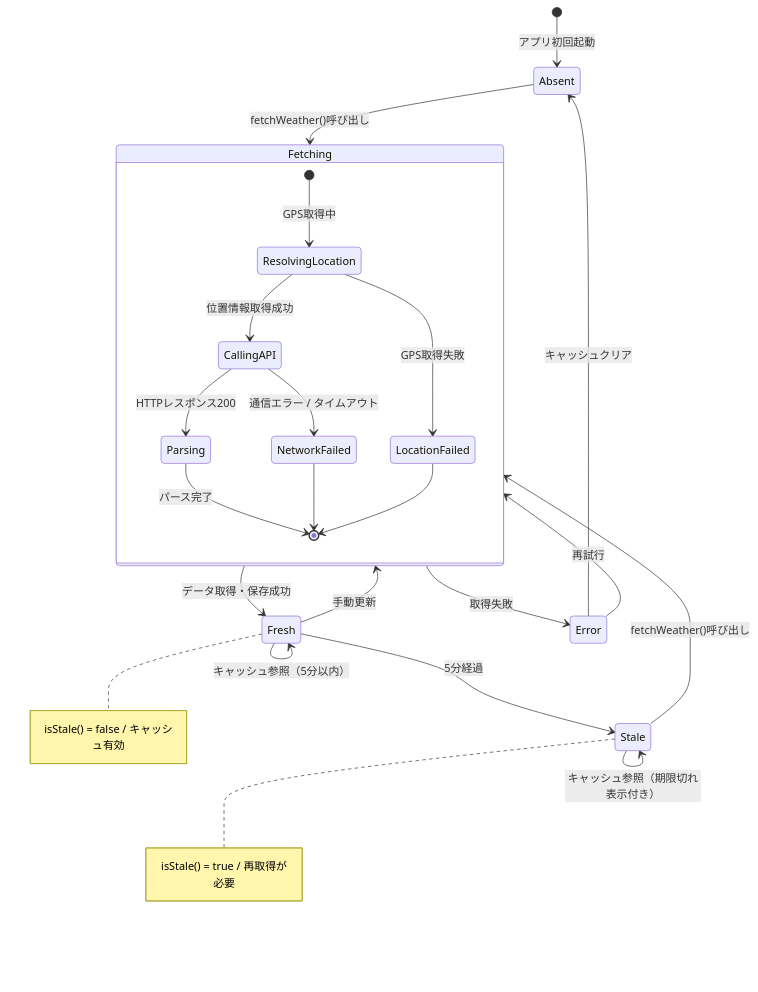
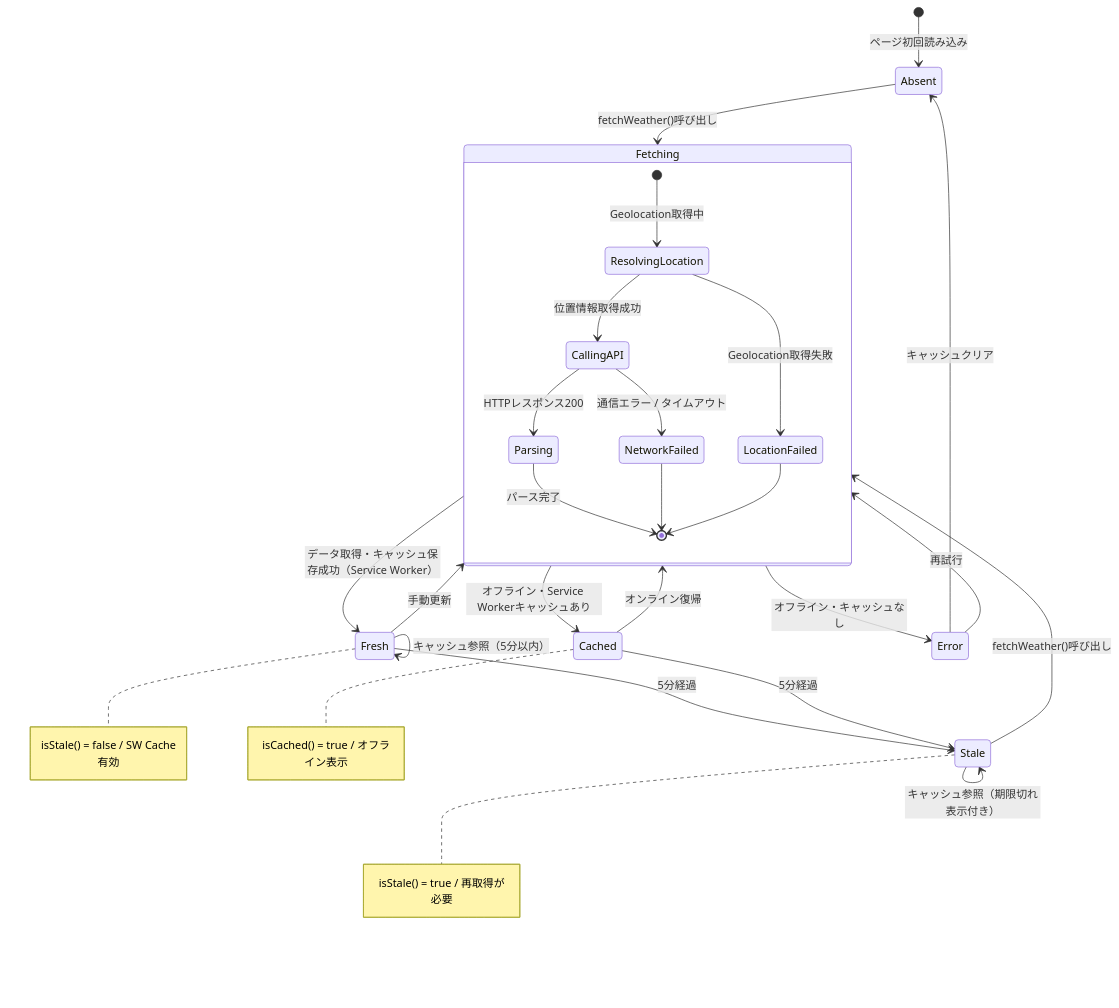
The seventh of 8 diagrams in README.md (tsukushi-81/apri), drawn with Mermaid before and after one commit. The commit also changed other lines of this file, not shown here.

````diff
--- a/README.md
+++ b/README.md
@@ -466,33 +520,38 @@
 ```mermaid
 stateDiagram-v2
-  [*] --> Absent : アプリ初回起動
+  [*] --> Absent : ページ初回読み込み
 
   Absent --> Fetching : fetchWeather()呼び出し
 
   state Fetching {
-    [*] --> ResolvingLocation : GPS取得中
+    [*] --> ResolvingLocation : Geolocation取得中
     ResolvingLocation --> CallingAPI : 位置情報取得成功
-    ResolvingLocation --> LocationFailed : GPS取得失敗
+    ResolvingLocation --> LocationFailed : Geolocation取得失敗
     CallingAPI --> Parsing : HTTPレスポンス200
     CallingAPI --> NetworkFailed : 通信エラー / タイムアウト
     Parsing --> [*] : パース完了
     LocationFailed --> [*]
     NetworkFailed --> [*]
   }
 
-  Fetching --> Fresh : データ取得・保存成功
-  Fetching --> Error : 取得失敗
+  Fetching --> Fresh : データ取得・キャッシュ保存成功（Service Worker）
+  Fetching --> Cached : オフライン・Service Workerキャッシュあり
+  Fetching --> Error : オフライン・キャッシュなし
 
   Fresh --> Fresh : キャッシュ参照（5分以内）
   Fresh --> Stale : 5分経過
   Fresh --> Fetching : 手動更新
+
+  Cached --> Fetching : オンライン復帰
+  Cached --> Stale : 5分経過
 
   Stale --> Fetching : fetchWeather()呼び出し
   Stale --> Stale : キャッシュ参照（期限切れ表示付き）
 
   Error --> Fetching : 再試行
   Error --> Absent : キャッシュクリア
 
-  note right of Fresh : isStale() = false / キャッシュ有効
+  note right of Fresh : isStale() = false / SW Cache有効
+  note right of Cached : isCached() = true / オフライン表示
   note right of Stale : isStale() = true / 再取得が必要
 ```
````
